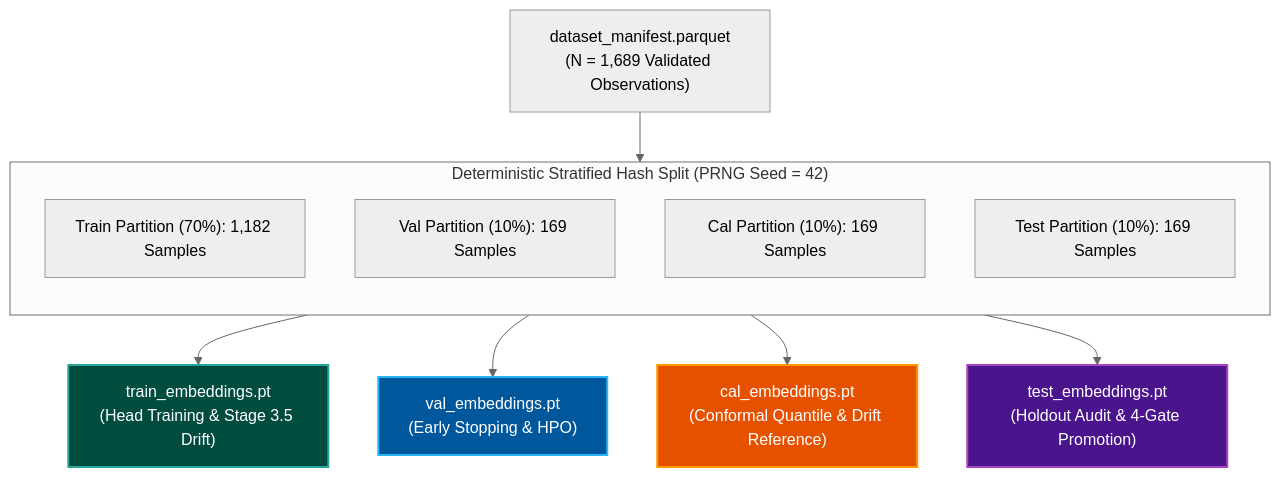
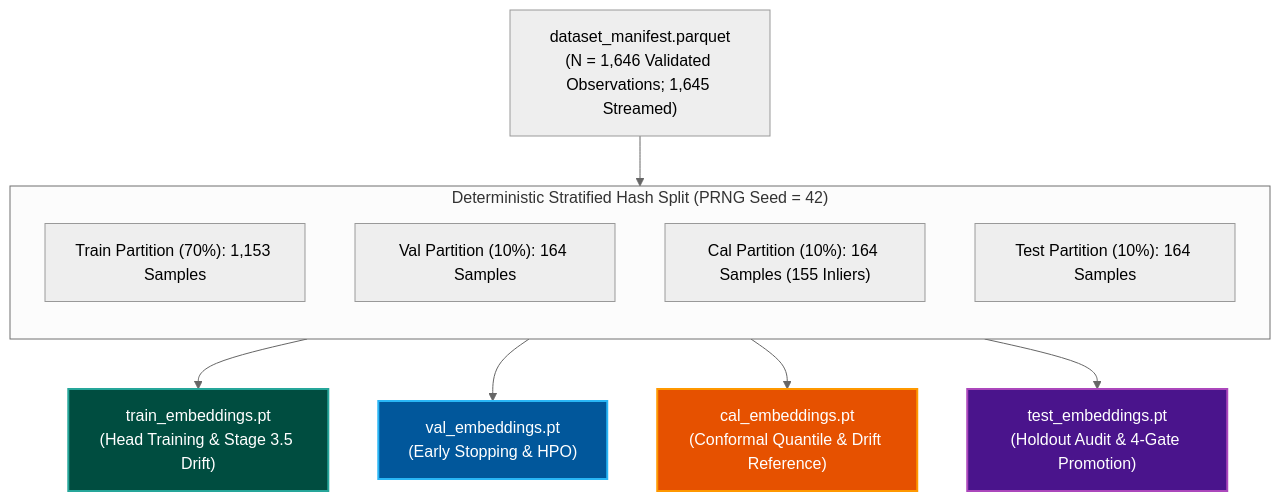
The second of 3 diagrams in docs/mlops_pipeline/storage_and_databases.md (foersben/taxon-vision-mlops), drawn with Mermaid (neutral theme) before and after one commit. The commit also changed other lines of this file and 33 other files, not shown here.

````diff
--- a/docs/mlops_pipeline/storage_and_databases.md
+++ b/docs/mlops_pipeline/storage_and_databases.md
@@ -206,24 +206,24 @@
 ```mermaid
 flowchart TD
-    D["dataset_manifest.parquet<br/>(N = 1,689 Validated Observations)"]
+    D["dataset_manifest.parquet<br/>(N = 1,646 Validated Observations; 1,645 Streamed)"]
 
     subgraph StratSplit["Deterministic Stratified Hash Split (PRNG Seed = 42)"]
         direction TB
-        T["Train Partition (70%): 1,182 Samples"]
-        V["Val Partition (10%): 169 Samples"]
-        C["Cal Partition (10%): 169 Samples"]
-        E["Test Partition (10%): 169 Samples"]
+        T["Train Partition (70%): 1,153 Samples"]
+        V["Val Partition (10%): 164 Samples"]
+        C["Cal Partition (10%): 164 Samples (155 Inliers)"]
+        E["Test Partition (10%): 164 Samples"]
     end
 
     D --> StratSplit
 
     T --> T_PT["train_embeddings.pt<br/>(Head Training & Stage 3.5 Drift)"]
     V --> V_PT["val_embeddings.pt<br/>(Early Stopping & HPO)"]
     C --> C_PT["cal_embeddings.pt<br/>(Conformal Quantile & Drift Reference)"]
     E --> E_PT["test_embeddings.pt<br/>(Holdout Audit & 4-Gate Promotion)"]
 
     style T_PT fill:#004d40,stroke:#26a69a,stroke-width:2px,color:#ffffff;
     style V_PT fill:#01579b,stroke:#29b6f6,stroke-width:2px,color:#ffffff;
     style C_PT fill:#e65100,stroke:#ff9800,stroke-width:2px,color:#ffffff;
     style E_PT fill:#4a148c,stroke:#ab47bc,stroke-width:2px,color:#ffffff;
 ```
````
